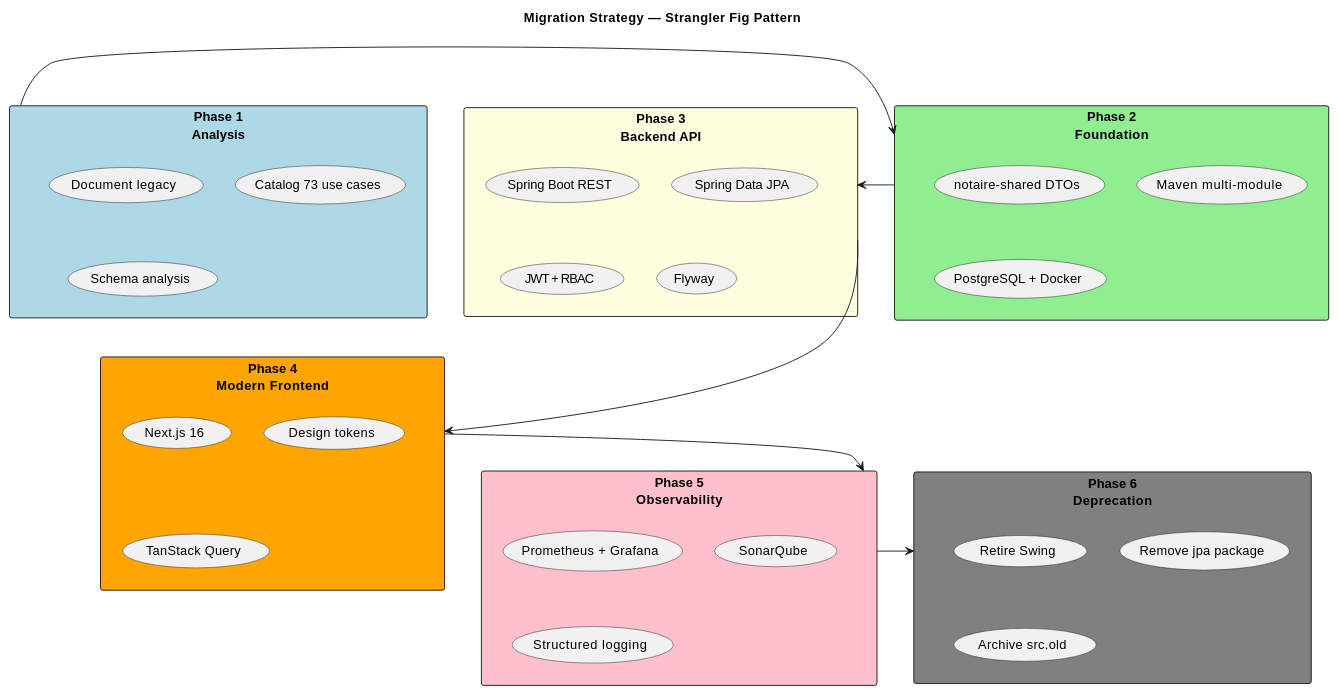
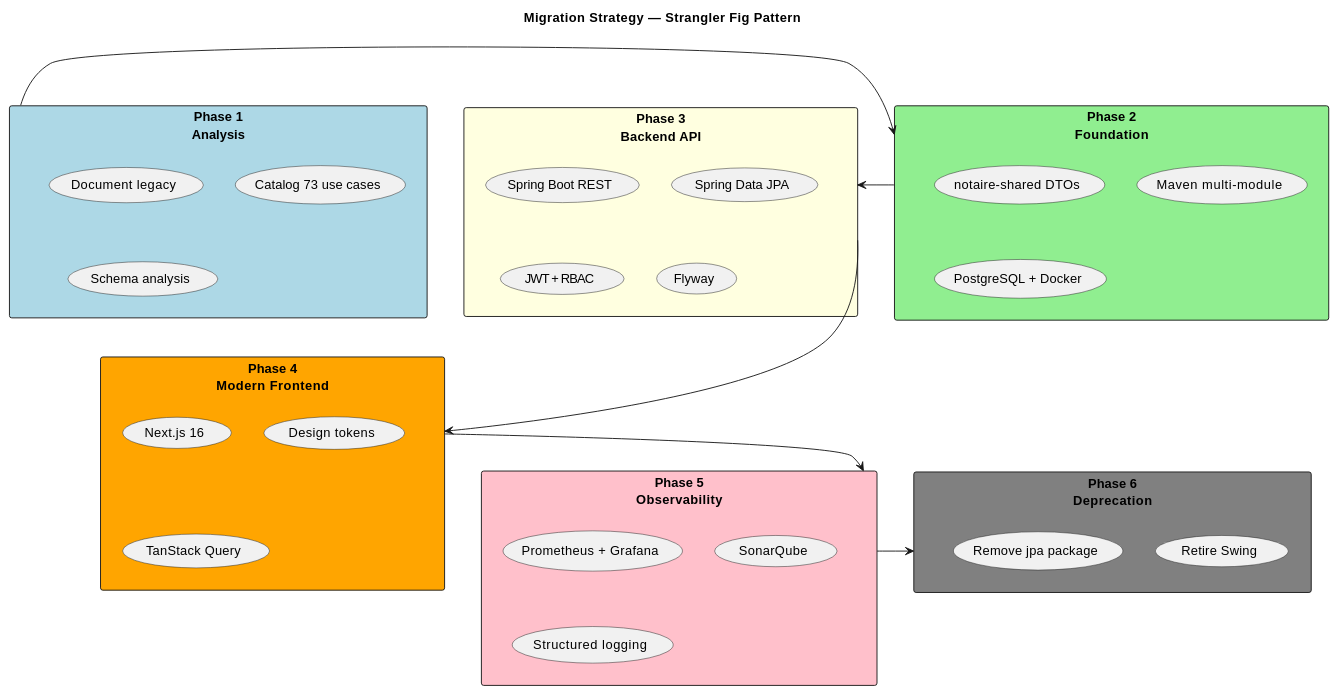
Before and after one commit to matiaspakua/notaire: the third of 14 diagrams in docs/200-architecture/201-SAD/sad.md, drawn with PlantUML. The commit also changed other lines of this file and 18 other files, not shown here.

````diff
--- a/docs/200-architecture/201-SAD/sad.md
+++ b/docs/200-architecture/201-SAD/sad.md
@@ -186,48 +186,47 @@
 ```plantuml
 @startuml
 title Migration Strategy — Strangler Fig Pattern
 
 rectangle "Phase 1\nAnalysis" #LightBlue {
   (Document legacy)
   (Catalog 73 use cases)
   (Schema analysis)
 }
 
 rectangle "Phase 2\nFoundation" #LightGreen {
   (notaire-shared DTOs)
   (Maven multi-module)
   (PostgreSQL + Docker)
 }
 
 rectangle "Phase 3\nBackend API" #LightYellow {
   (Spring Boot REST)
   (Spring Data JPA)
   (JWT + RBAC)
   (Flyway)
 }
 
 rectangle "Phase 4\nModern Frontend" #Orange {
   (Next.js 16)
   (Design tokens)
   (TanStack Query)
 }
 
 rectangle "Phase 5\nObservability" #Pink {
   (Prometheus + Grafana)
   (SonarQube)
   (Structured logging)
 }
 
 rectangle "Phase 6\nDeprecation" #Gray {
   (Retire Swing)
   (Remove jpa package)
-  (Archive src.old)
 }
 
 "Phase 1\nAnalysis" -right-> "Phase 2\nFoundation"
 "Phase 2\nFoundation" -right-> "Phase 3\nBackend API"
 "Phase 3\nBackend API" -right-> "Phase 4\nModern Frontend"
 "Phase 4\nModern Frontend" -down-> "Phase 5\nObservability"
 "Phase 5\nObservability" -left-> "Phase 6\nDeprecation"
 @enduml
 ```
````
